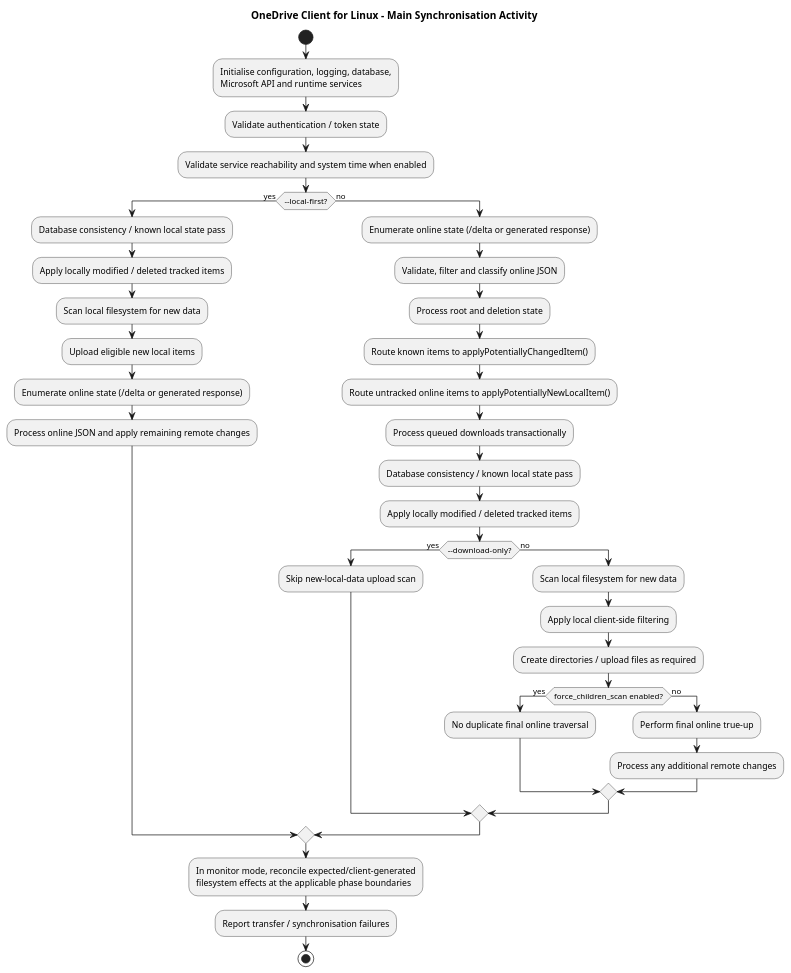
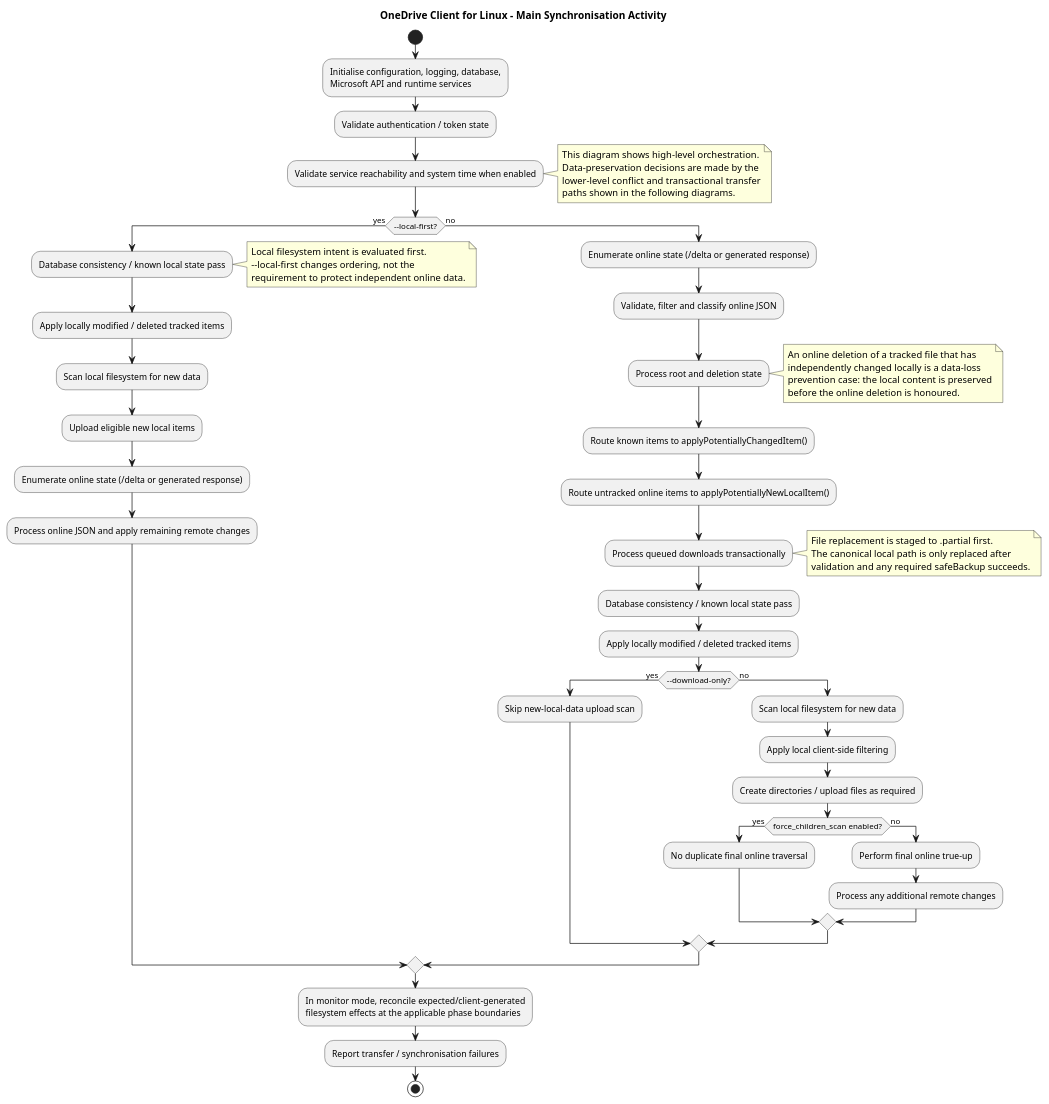
Before and after one commit to abraunegg/onedrive: the diagram in docs/puml/main_activity_flows.puml, drawn with PlantUML. The commit also changed 24 other files, not shown here.

```diff
--- a/docs/puml/main_activity_flows.puml
+++ b/docs/puml/main_activity_flows.puml
@@ -1,47 +1,68 @@
 @startuml
 title OneDrive Client for Linux - Main Synchronisation Activity
 start
 
 :Initialise configuration, logging, database,\nMicrosoft API and runtime services;
 :Validate authentication / token state;
 :Validate service reachability and system time when enabled;
+note right
+  This diagram shows high-level orchestration.
+  Data-preservation decisions are made by the
+  lower-level conflict and transactional transfer
+  paths shown in the following diagrams.
+end note
 
 if (~--local-first?) then (yes)
   :Database consistency / known local state pass;
+  note right
+    Local filesystem intent is evaluated first.
+    ~--local-first changes ordering, not the
+    requirement to protect independent online data.
+  end note
   :Apply locally modified / deleted tracked items;
   :Scan local filesystem for new data;
   :Upload eligible new local items;
   :Enumerate online state (/delta or generated response);
   :Process online JSON and apply remaining remote changes;
 else (no)
   :Enumerate online state (/delta or generated response);
   :Validate, filter and classify online JSON;
   :Process root and deletion state;
+  note right
+    An online deletion of a tracked file that has
+    independently changed locally is a data-loss
+    prevention case: the local content is preserved
+    before the online deletion is honoured.
+  end note
   :Route known items to applyPotentiallyChangedItem();
   :Route untracked online items to applyPotentiallyNewLocalItem();
   :Process queued downloads transactionally;
+  note right
+    File replacement is staged to .partial first.
+    The canonical local path is only replaced after
+    validation and any required safeBackup succeeds.
+  end note
 
   :Database consistency / known local state pass;
   :Apply locally modified / deleted tracked items;
 
   if (~--download-only?) then (yes)
     :Skip new-local-data upload scan;
   else (no)
     :Scan local filesystem for new data;
     :Apply local client-side filtering;
     :Create directories / upload files as required;
 
     if (force_children_scan enabled?) then (yes)
       :No duplicate final online traversal;
     else (no)
       :Perform final online true-up;
       :Process any additional remote changes;
     endif
   endif
 endif
 
-:In monitor mode, reconcile expected/client-generated
-filesystem effects at the applicable phase boundaries;
+:In monitor mode, reconcile expected/client-generated\nfilesystem effects at the applicable phase boundaries;
 :Report transfer / synchronisation failures;
 stop
 @enduml
```
